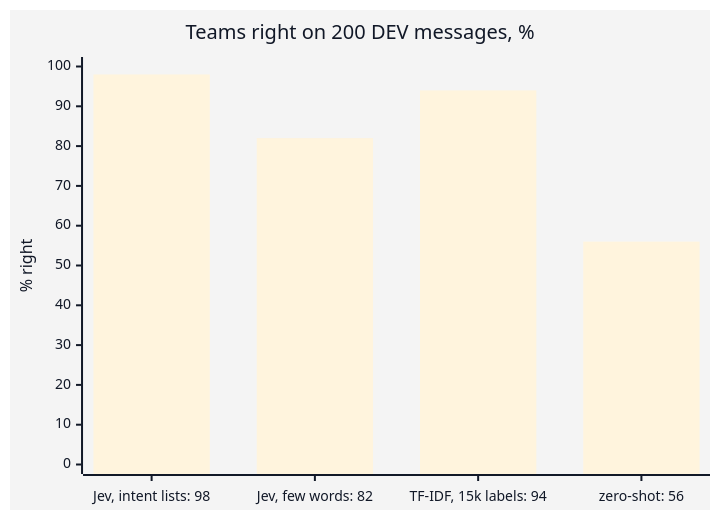
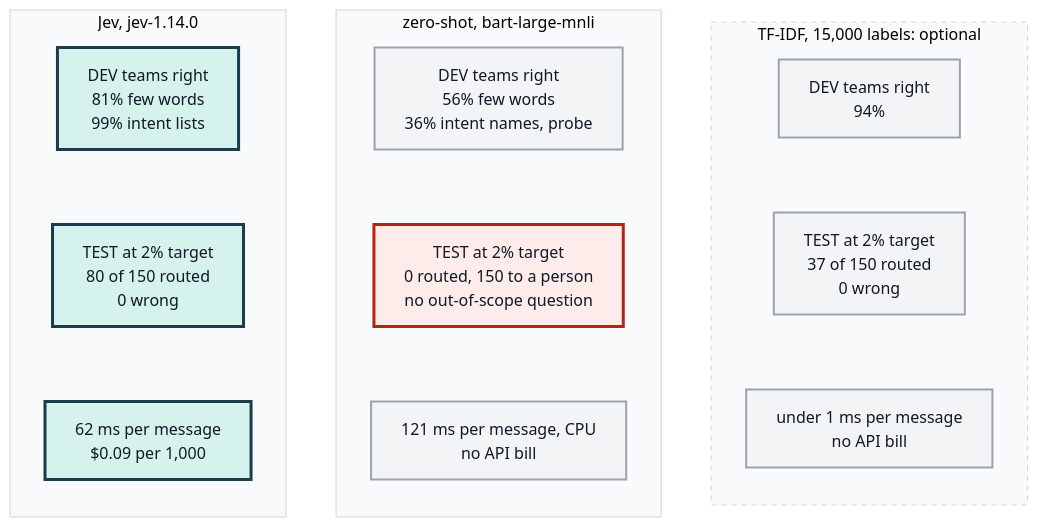
Before and after one commit to axel-sirota/getting_started_jev: the diagram in course/diagrams/module_03/summary-jev-vs-zero-shot.mmd, drawn with Mermaid. The commit also changed 41 other files, not shown here.

Commit message:
Module 3: notebooks and diagrams

```diff
--- a/course/diagrams/module_03/summary-jev-vs-zero-shot.mmd
+++ b/course/diagrams/module_03/summary-jev-vs-zero-shot.mmd
@@ -1,6 +1,32 @@
 %%{init: {"theme": "base", "themeVariables": {"fontFamily": "Inter, sans-serif", "primaryColor": "#ECF8F6", "primaryBorderColor": "#40B8A6", "primaryTextColor": "#111827", "lineColor": "#1A3D4D", "secondaryColor": "#F9FAFB", "tertiaryColor": "#FFFFFF", "clusterBkg": "#F9FAFB", "clusterBorder": "#D1D5DB", "actorBkg": "#ECF8F6", "actorBorder": "#40B8A6", "noteBkgColor": "#FFF6DA", "noteBorderColor": "#E0B84C"}}}%%
-xychart-beta
-  title "Teams right on 200 DEV messages, %"
-  x-axis ["Jev, intent lists: 98", "Jev, few words: 82", "TF-IDF, 15k labels: 94", "zero-shot: 56"]
-  y-axis "% right" 0 --> 100
-  bar [98, 82, 94, 56]
+flowchart LR
+  subgraph JEV["Jev, jev-1.14.0"]
+    direction TB
+    J1["DEV teams right<br/>81% few words<br/>99% intent lists"]
+    J2["TEST at 2% target<br/>80 of 150 routed<br/>0 wrong"]
+    J3["62 ms per message<br/>$0.09 per 1,000"]
+    J1 ~~~ J2 ~~~ J3
+  end
+  subgraph ZS["zero-shot, bart-large-mnli"]
+    direction TB
+    Z1["DEV teams right<br/>56% few words<br/>36% intent names, probe"]
+    Z2["TEST at 2% target<br/>0 routed, 150 to a person<br/>no out-of-scope question"]
+    Z3["121 ms per message, CPU<br/>no API bill"]
+    Z1 ~~~ Z2 ~~~ Z3
+  end
+  subgraph TF["TF-IDF, 15,000 labels: optional"]
+    direction TB
+    T1["DEV teams right<br/>94%"]
+    T2["TEST at 2% target<br/>37 of 150 routed<br/>0 wrong"]
+    T3["under 1 ms per message<br/>no API bill"]
+    T1 ~~~ T2 ~~~ T3
+  end
+  JEV ~~~ ZS ~~~ TF
+
+  classDef jev fill:#D5F2EC,stroke:#1A3D4D,stroke-width:3px
+  classDef base fill:#F3F4F6,stroke:#9CA3AF,stroke-width:2px
+  classDef fail fill:#FDECEA,stroke:#B42318,stroke-width:3px
+  class J1,J2,J3 jev
+  class Z1,Z3,T1,T2,T3 base
+  class Z2 fail
+  style TF stroke-dasharray:5 5
```
